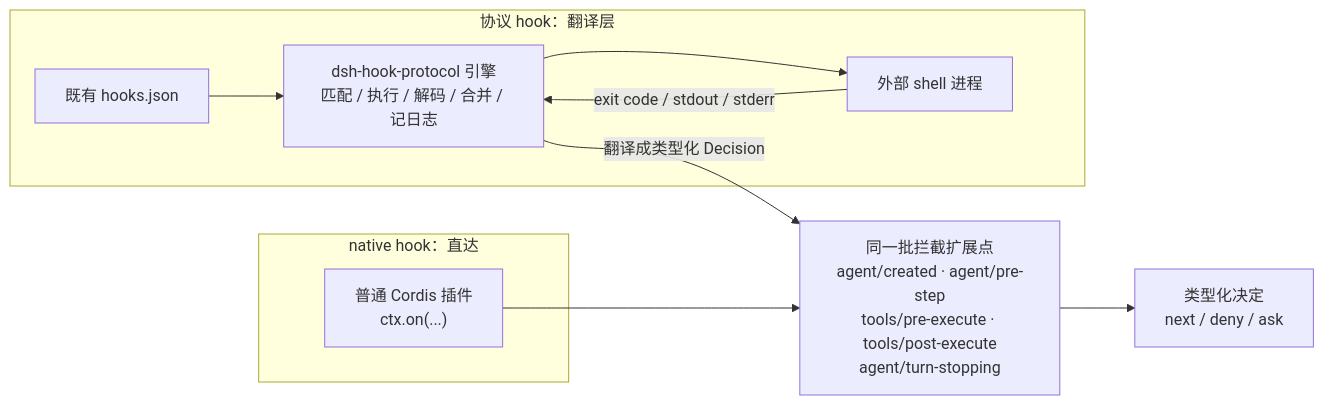
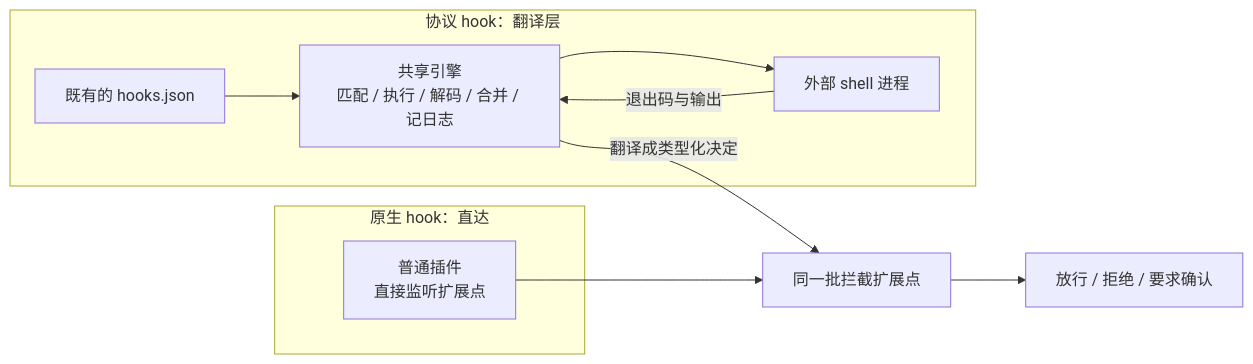
The diagram in dsh 插件开发学习/37-复用ClaudeCode的hooks.md (anthonyzhao-4926/blog), drawn with Mermaid before and after one commit. The commit also changed other lines of this file and 38 other files, not shown here.

````diff
--- a/dsh 插件开发学习/37-复用ClaudeCode的hooks.md
+++ b/dsh 插件开发学习/37-复用ClaudeCode的hooks.md
@@ -39,14 +39,14 @@
 ```mermaid
 flowchart LR
     subgraph bridge["协议 hook：翻译层"]
-        J["既有 hooks.json"] --> P["dsh-hook-protocol 引擎<br/>匹配 / 执行 / 解码 / 合并 / 记日志"]
+        J["既有的 hooks.json"] --> P["共享引擎<br/>匹配 / 执行 / 解码 / 合并 / 记日志"]
         P --> X["外部 shell 进程"]
-        X -->|"exit code / stdout / stderr"| P
+        X -->|"退出码与输出"| P
     end
-    subgraph native["native hook：直达"]
-        C["普通 Cordis 插件<br/>ctx.on(...)"]
+    subgraph native["原生 hook：直达"]
+        C["普通插件<br/>直接监听扩展点"]
     end
-    P -->|"翻译成类型化 Decision"| EP["同一批拦截扩展点<br/>agent/created · agent/pre-step<br/>tools/pre-execute · tools/post-execute<br/>agent/turn-stopping"]
+    P -->|"翻译成类型化决定"| EP["同一批拦截扩展点"]
     C --> EP
-    EP --> D["类型化决定<br/>next / deny / ask"]
+    EP --> D["放行 / 拒绝 / 要求确认"]
 ```
````
